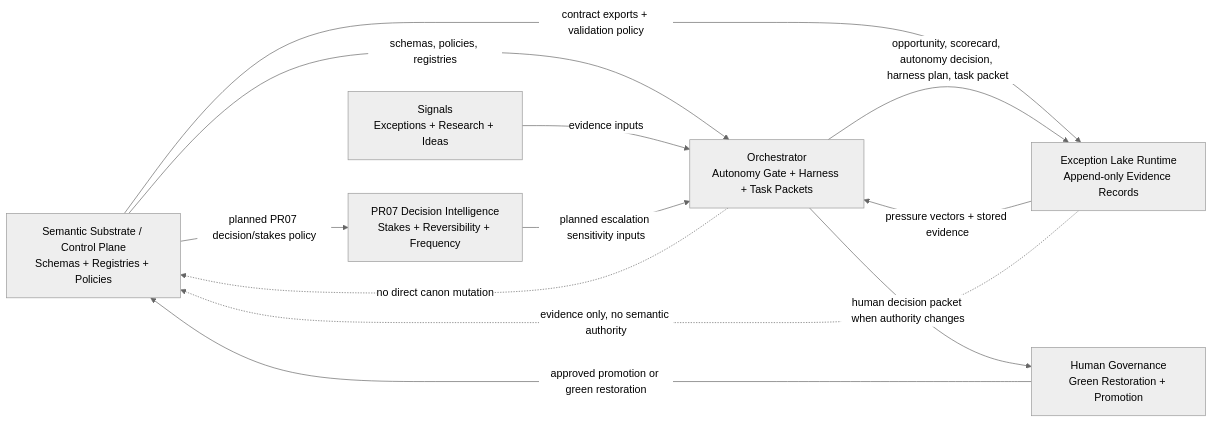
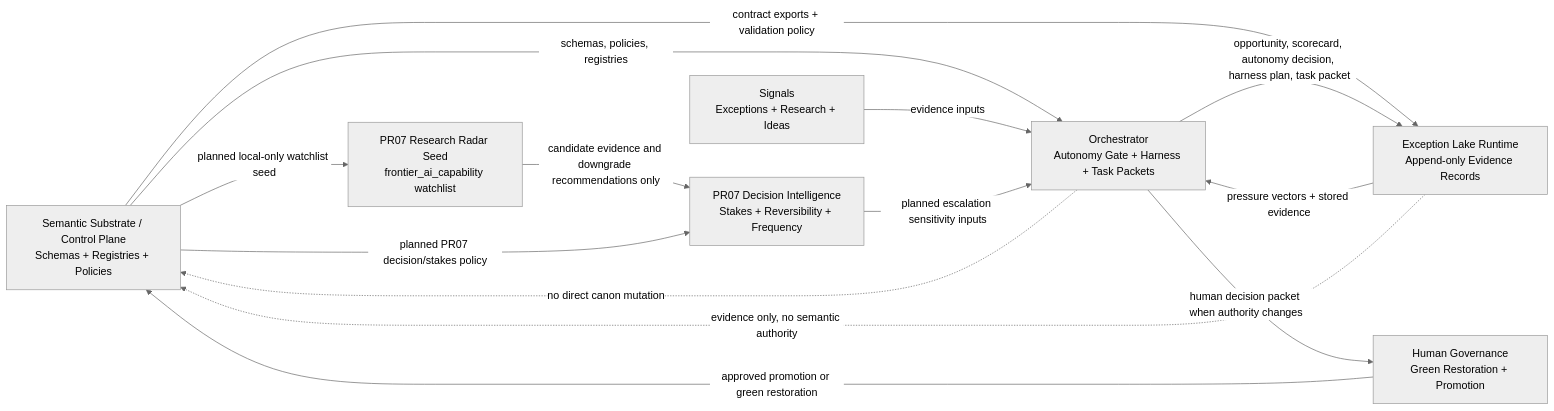
The first of 2 diagrams in DATA_FLOW_MAP.md (lowelltwong-alt/LawFirm-os-semantic-substrate), drawn with Mermaid (neutral theme) before and after one commit. The commit also changed other lines of this file and 5 other files, not shown here.

Commit message:
Add PR07 Research Radar watchlist seed

````diff
--- a/DATA_FLOW_MAP.md
+++ b/DATA_FLOW_MAP.md
@@ -29,22 +31,25 @@
 ```mermaid
 flowchart LR
     SS["Semantic Substrate / Control Plane\nSchemas + Registries + Policies"]
     OR["Orchestrator\nAutonomy Gate + Harness + Task Packets"]
     EL["Exception Lake Runtime\nAppend-only Evidence Records"]
     HUM["Human Governance\nGreen Restoration + Promotion"]
     SIG["Signals\nExceptions + Research + Ideas"]
     DEC["PR07 Decision Intelligence\nStakes + Reversibility + Frequency"]
+    RR["PR07 Research Radar Seed\nfrontier_ai_capability watchlist"]
 
     SS -->|"schemas, policies, registries"| OR
     SS -->|"contract exports + validation policy"| EL
     SIG -->|"evidence inputs"| OR
+    SS -->|"planned local-only watchlist seed"| RR
+    RR -->|"candidate evidence and downgrade recommendations only"| DEC
     SS -->|"planned PR07 decision/stakes policy"| DEC
     DEC -->|"planned escalation sensitivity inputs"| OR
     OR -->|"opportunity, scorecard, autonomy decision, harness plan, task packet"| EL
     EL -->|"pressure vectors + stored evidence"| OR
     OR -->|"human decision packet when authority changes"| HUM
     HUM -->|"approved promotion or green restoration"| SS
 
     OR -. "no direct canon mutation" .-> SS
     EL -. "evidence only, no semantic authority" .-> SS
 ```
````
